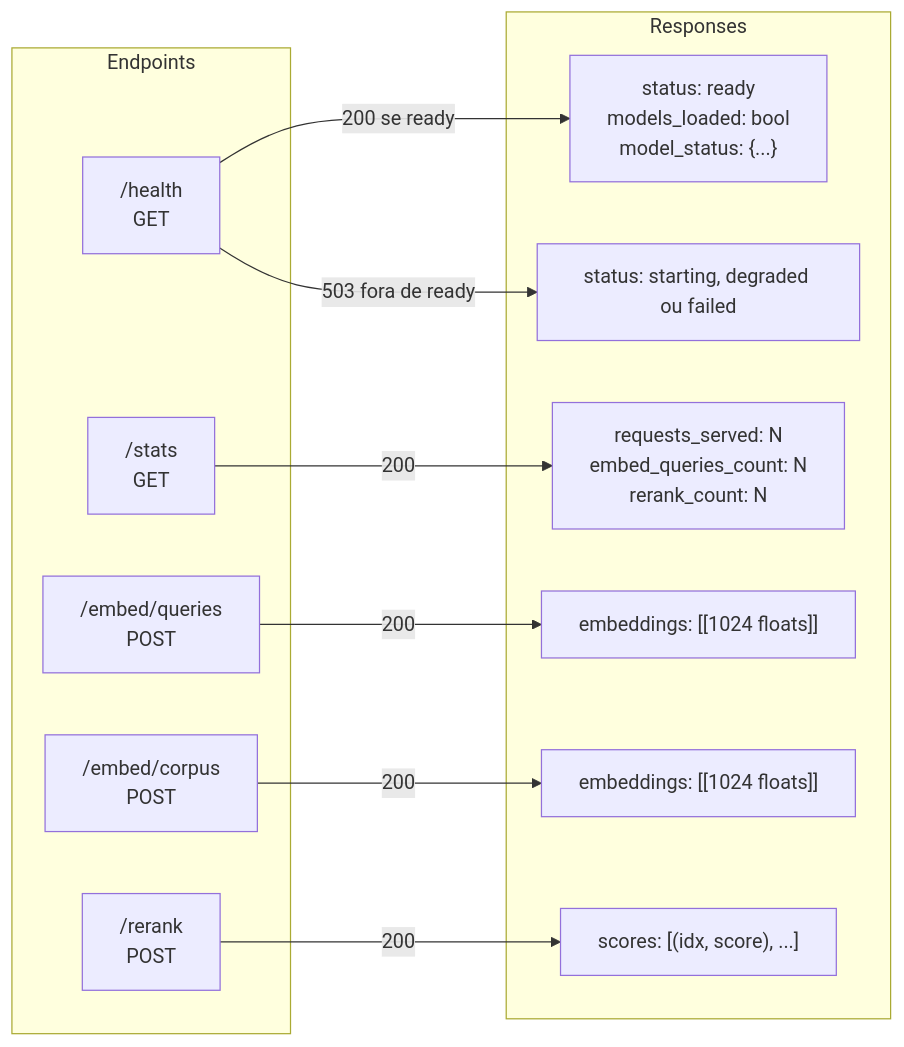
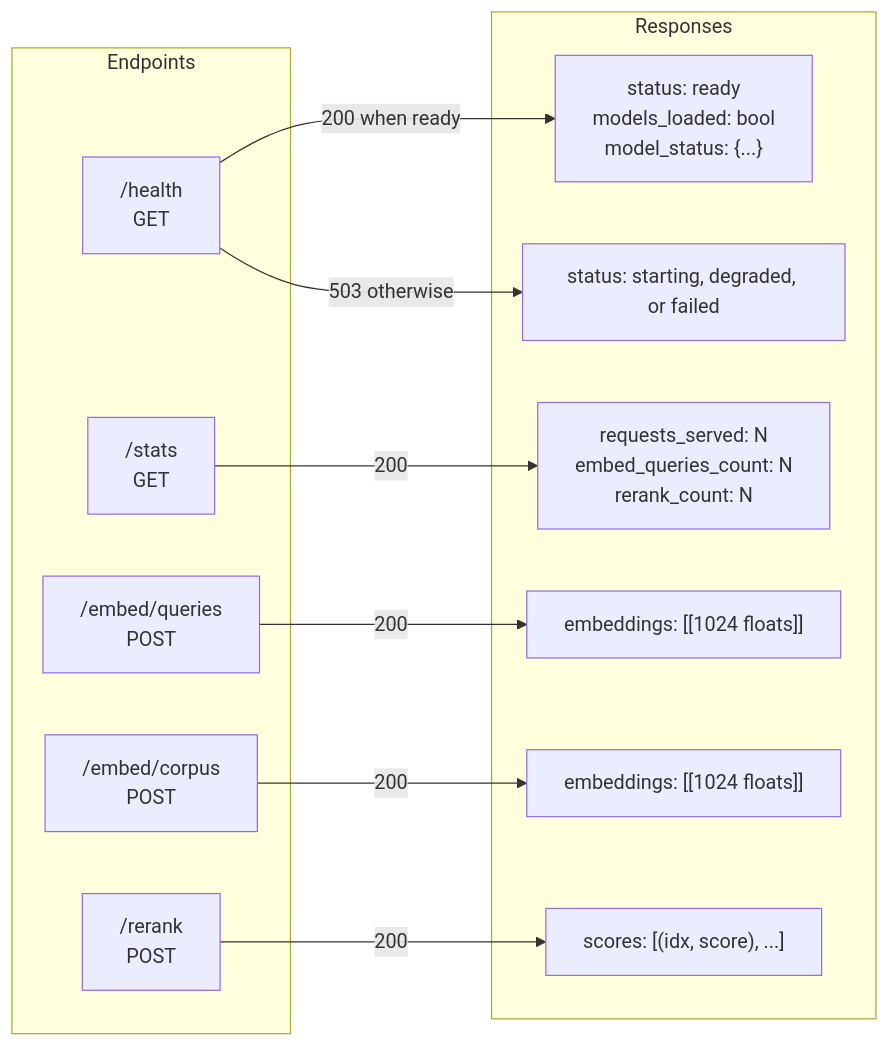
Before and after one commit to everton-dgn/vault-search-mcp: the fourth of 6 diagrams in docs/architecture/diagrams-daemon.md, drawn with Mermaid. The commit also changed other lines of this file and 200 other files, not shown here.

````diff
--- a/docs/architecture/diagrams-daemon.md
+++ b/docs/architecture/diagrams-daemon.md
@@ -109,19 +109,19 @@
 ```mermaid
 flowchart LR
     subgraph Endpoints
         H["/health<br/>GET"]
         S["/stats<br/>GET"]
         EQ["/embed/queries<br/>POST"]
         EC["/embed/corpus<br/>POST"]
         R["/rerank<br/>POST"]
     end
 
     subgraph Responses
-        H --> |"200 se ready"| HR["status: ready<br/>models_loaded: bool<br/>model_status: {...}"]
-        H --> |"503 fora de ready"| HU["status: starting, degraded ou failed"]
+        H --> |"200 when ready"| HR["status: ready<br/>models_loaded: bool<br/>model_status: {...}"]
+        H --> |"503 otherwise"| HU["status: starting, degraded, or failed"]
         S --> |200| SR["requests_served: N<br/>embed_queries_count: N<br/>rerank_count: N"]
         EQ --> |200| EQR["embeddings: [[1024 floats]]"]
         EC --> |200| ECR["embeddings: [[1024 floats]]"]
         R --> |200| RR["scores: [(idx, score), ...]"]
     end
 ```
````
